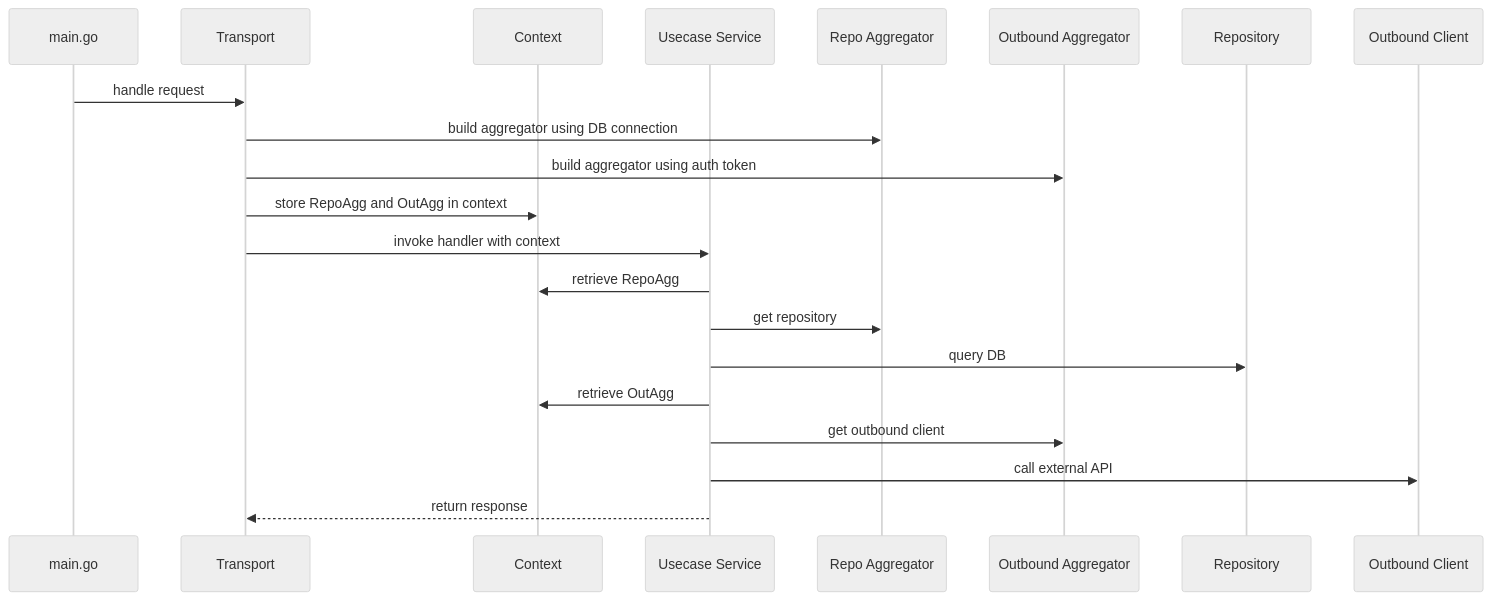
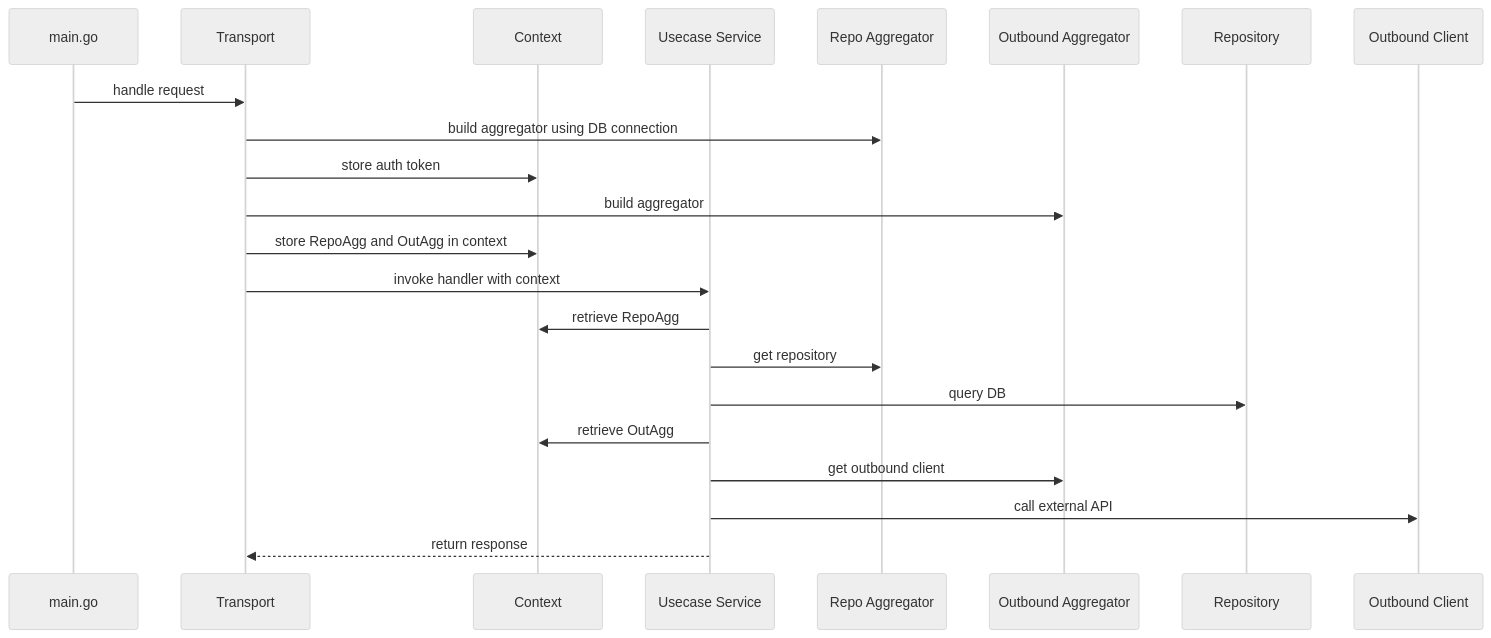
One commit to MeGaNeKoS/Boilerplate-go-BE changed the second of 4 diagrams in README.md. Above: the diagram before and after it, drawn with Mermaid (neutral theme). The commit also changed other lines of this file and 142 other files, not shown here.

````diff
--- a/README.md
+++ b/README.md
@@ -101,25 +101,26 @@
 ```mermaid
 %% Dependencies are built per request and stored on the context
 sequenceDiagram
     participant Main as main.go
     participant Server as Transport
     participant Ctx as Context
     participant Usecase as Usecase Service
     participant RepoAgg as Repo Aggregator
     participant OutAgg as Outbound Aggregator
     participant Repo as Repository
     participant Ext as Outbound Client
 
     Main->>Server: handle request
     Server->>RepoAgg: build aggregator using DB connection
-    Server->>OutAgg: build aggregator using auth token
+    Server->>Ctx: store auth token
+    Server->>OutAgg: build aggregator
     Server->>Ctx: store RepoAgg and OutAgg in context
     Server->>Usecase: invoke handler with context
     Usecase->>Ctx: retrieve RepoAgg
     Usecase->>RepoAgg: get repository
     Usecase->>Repo: query DB
     Usecase->>Ctx: retrieve OutAgg
     Usecase->>OutAgg: get outbound client
     Usecase->>Ext: call external API
     Usecase-->>Server: return response
 ```
````
